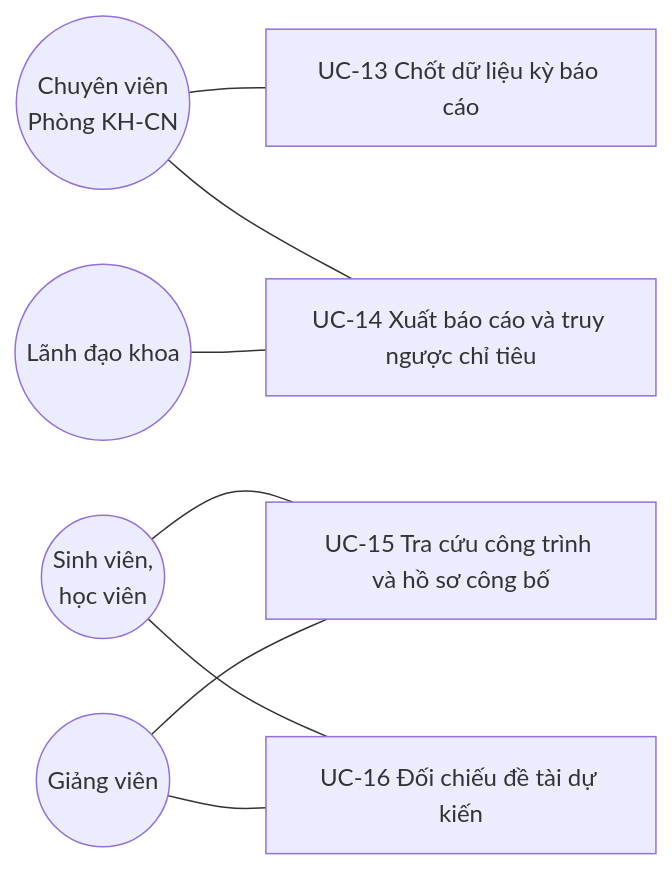
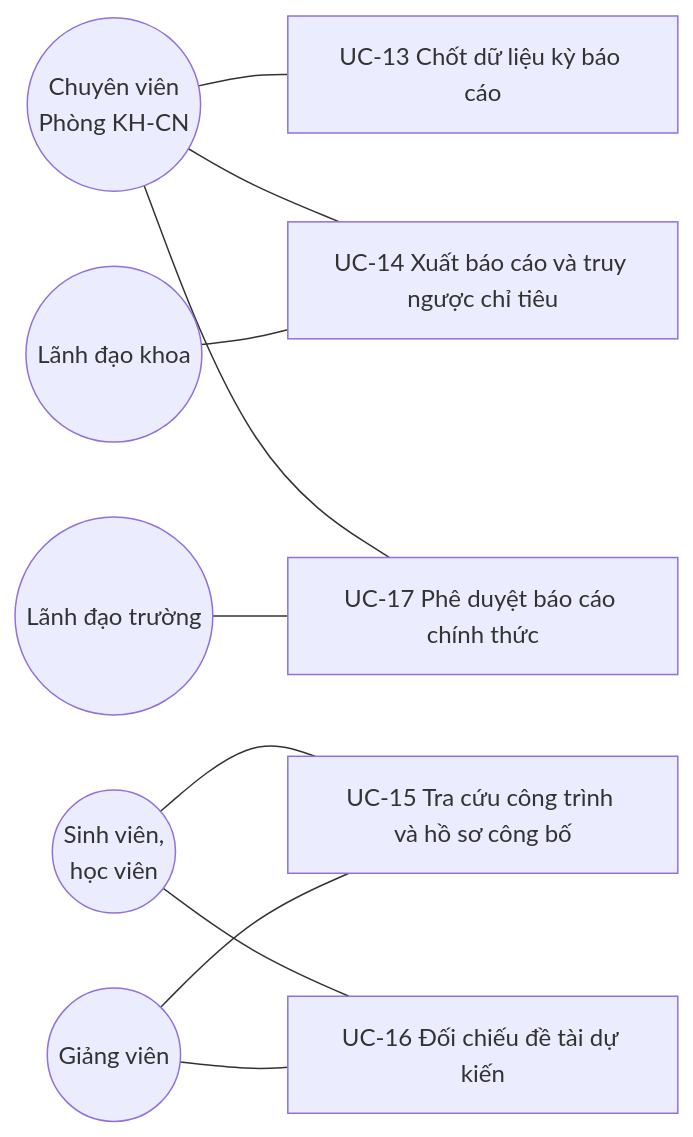
Before and after one commit to maiychrus25/ICTU-CRIS: the third of 3 diagrams in docs/ba/09-usecase-diagram.md, drawn with Mermaid. The commit also changed 15 other files, not shown here.

````diff
--- a/docs/ba/09-usecase-diagram.md
+++ b/docs/ba/09-usecase-diagram.md
@@ -58,20 +58,24 @@
 ```mermaid
 flowchart LR
     RD(("Chuyên viên<br/>Phòng KH-CN"))
     FH(("Lãnh đạo khoa"))
+    SL(("Lãnh đạo trường"))
     ST(("Sinh viên,<br/>học viên"))
     LEC(("Giảng viên"))
 
     UC13["UC-13 Chốt dữ liệu kỳ báo cáo"]
     UC14["UC-14 Xuất báo cáo và truy ngược chỉ tiêu"]
+    UC17["UC-17 Phê duyệt báo cáo chính thức"]
     UC15["UC-15 Tra cứu công trình và hồ sơ công bố"]
     UC16["UC-16 Đối chiếu đề tài dự kiến"]
 
     RD --- UC13
     RD --- UC14
+    RD --- UC17
+    SL --- UC17
     FH --- UC14
     ST --- UC15
     ST --- UC16
     LEC --- UC15
     LEC --- UC16
 ```
````
